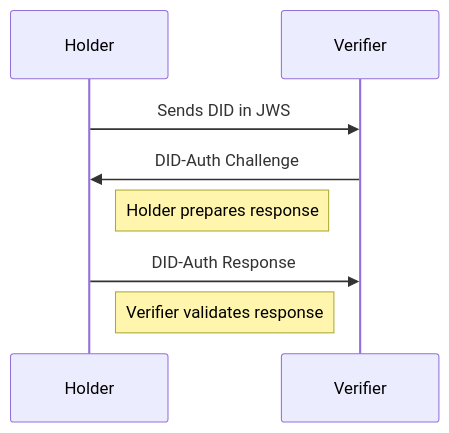
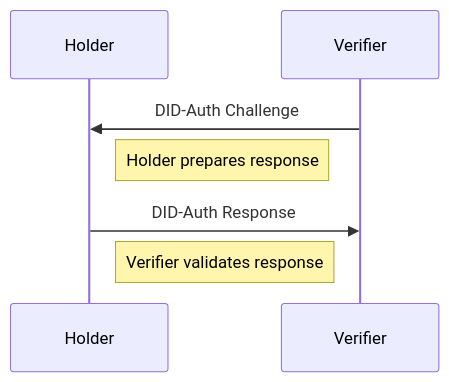
The diagram in content/posts/did_auth.md (andorsk/blog), drawn with Mermaid before and after one commit. The commit also changed other lines of this file, not shown here.

Commit message:
updated did auth

````diff
--- a/content/posts/did_auth.md
+++ b/content/posts/did_auth.md
@@ -85,10 +102,9 @@
 ```mermaid
 sequenceDiagram
     participant Holder
     participant Verifier
-    Holder->>Verifier: Sends DID in JWS
     Verifier->>Holder: DID-Auth Challenge
     Note right of Holder: Holder prepares response
     Holder->>Verifier: DID-Auth Response
     Note left of Verifier: Verifier validates response
 ```
````
